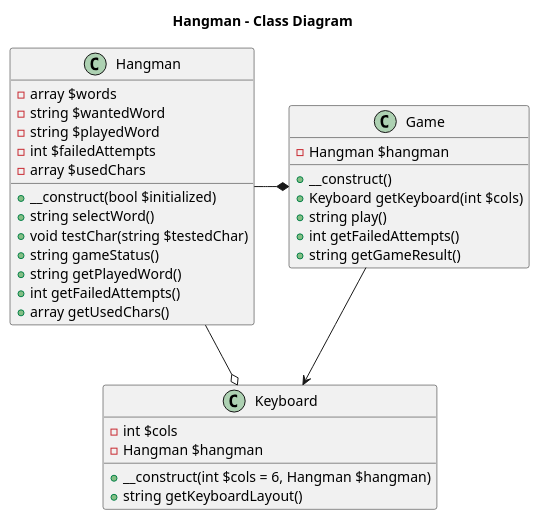
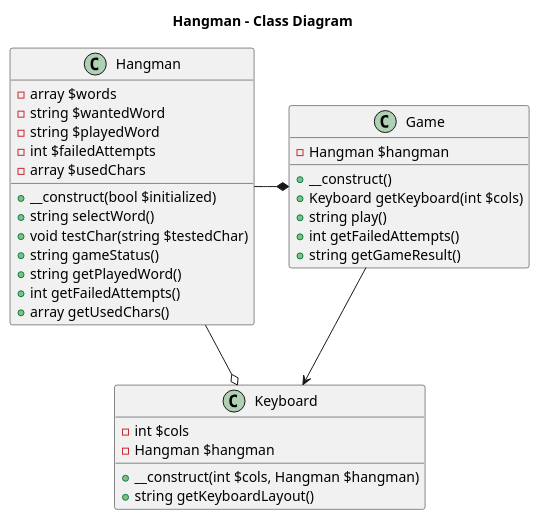
Before and after one commit to thevajko/zbierka-uloh: the diagram in php/hangman/diagram.puml, drawn with PlantUML.

Commit message:
Ešte úprava UML

```diff
--- a/php/hangman/diagram.puml
+++ b/php/hangman/diagram.puml
@@ -1,39 +1,39 @@
 @startuml
 title Hangman - Class Diagram
 
 class Game {
   -Hangman $hangman
   +__construct()
   +Keyboard getKeyboard(int $cols)
   +string play()
   +int getFailedAttempts()
   +string getGameResult()
 }
 
 class Hangman {
   -array $words
   -string $wantedWord
   -string $playedWord
   -int $failedAttempts
   -array $usedChars
   +__construct(bool $initialized)
   +string selectWord()
   +void testChar(string $testedChar)
   +string gameStatus()
   +string getPlayedWord()
   +int getFailedAttempts()
   +array getUsedChars()
 }
 
 class Keyboard {
   -int $cols
   -Hangman $hangman
-  +__construct(int $cols = 6, Hangman $hangman)
+  +__construct(int $cols, Hangman $hangman)
   +string getKeyboardLayout()
 }
 
 Game *-left- Hangman
 Keyboard o-- Hangman
 Game --> Keyboard
 
 @enduml
```
